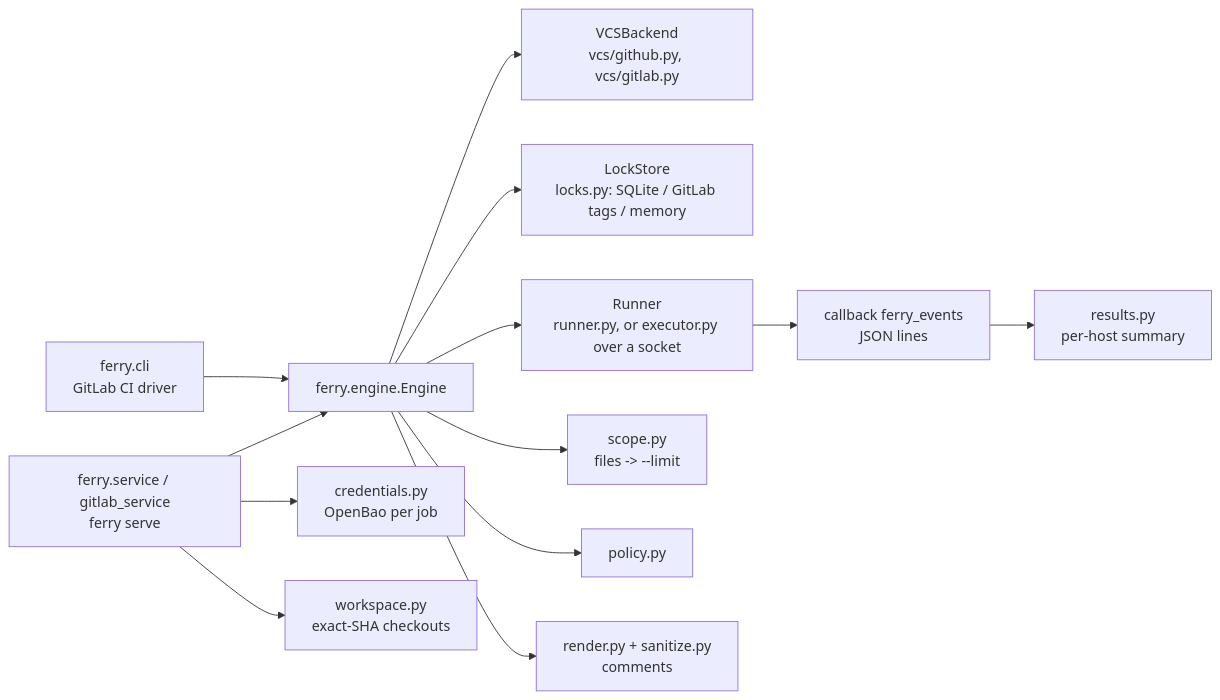
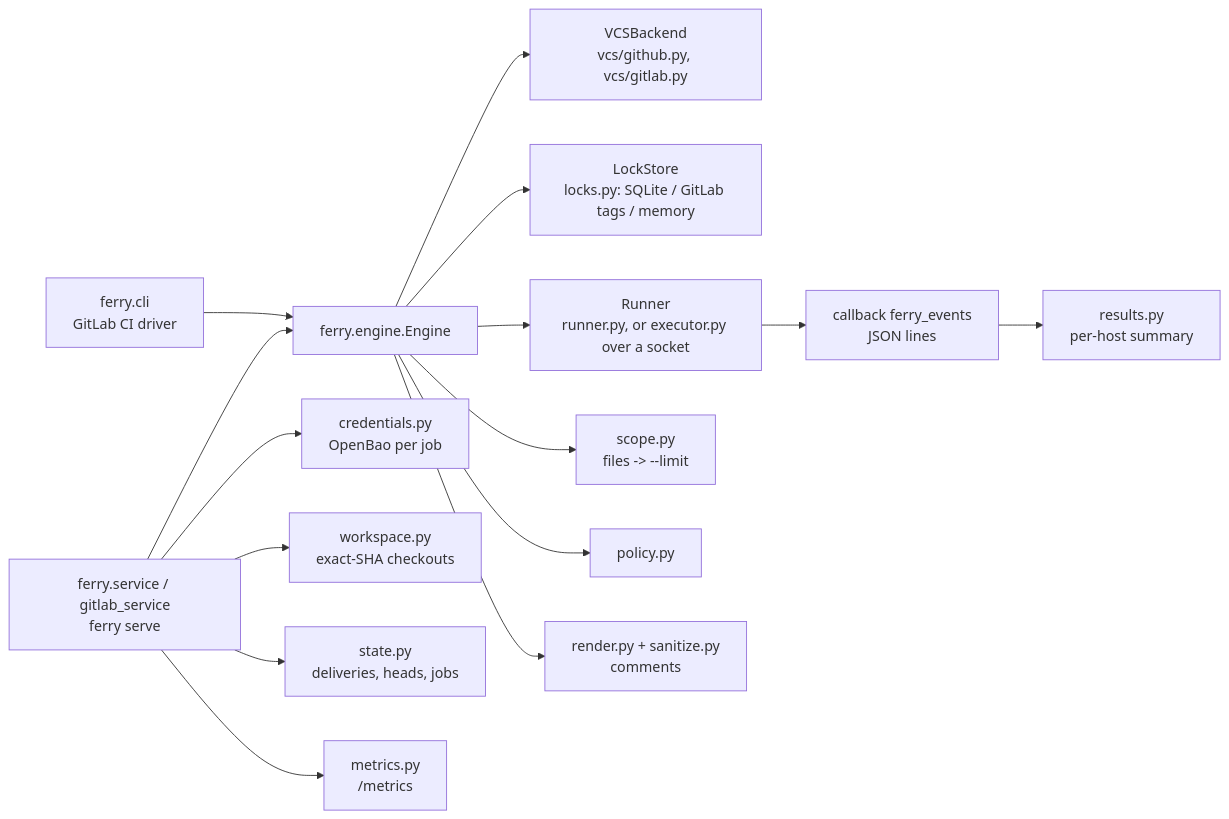
Before and after one commit to jfryman/ferry: the diagram in lode/summary.md, drawn with Mermaid. The commit also changed other lines of this file and 3 other files, not shown here.

````diff
--- a/lode/summary.md
+++ b/lode/summary.md
@@ -20,15 +25,17 @@
 ```mermaid
 flowchart LR
   CLI[ferry.cli\nGitLab CI driver] --> E[ferry.engine.Engine]
   SVC[ferry.service / gitlab_service\nferry serve] --> E
   SVC --> CR[credentials.py\nOpenBao per job]
   SVC --> WS[workspace.py\nexact-SHA checkouts]
+  SVC --> ST[state.py\ndeliveries, heads, jobs]
+  SVC --> M[metrics.py\n/metrics]
   E --> VCS[VCSBackend\nvcs/github.py, vcs/gitlab.py]
   E --> L[LockStore\nlocks.py: SQLite / GitLab tags / memory]
   E --> R[Runner\nrunner.py, or executor.py over a socket]
   R --> CB[callback ferry_events\nJSON lines]
   CB --> RES[results.py\nper-host summary]
   E --> SC[scope.py\nfiles -> --limit]
   E --> P[policy.py]
   E --> RE[render.py + sanitize.py\ncomments]
 ```
````
